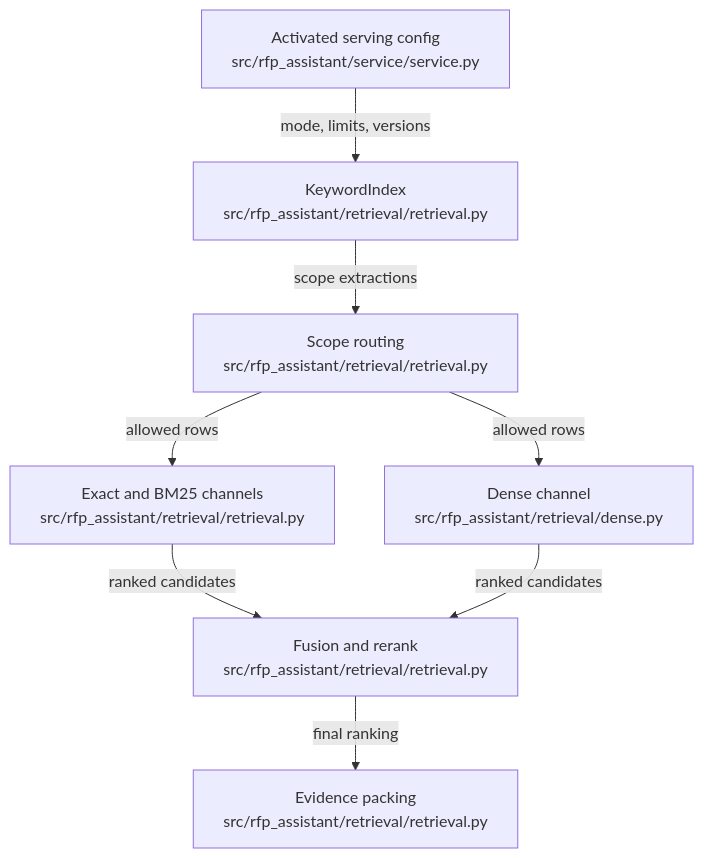
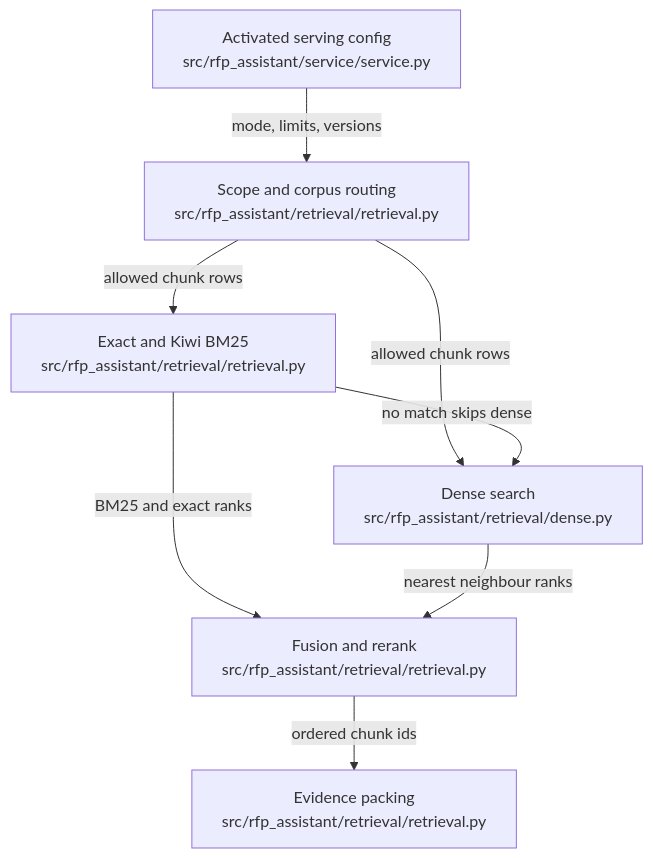
The diagram in .omm/overall-architecture/retrieval-engine/diagram.mmd (littleeeeebit/project-codeit-mid), drawn with Mermaid before and after one commit. The commit also changed 364 other files, not shown here.

```diff
--- a/.omm/overall-architecture/retrieval-engine/diagram.mmd
+++ b/.omm/overall-architecture/retrieval-engine/diagram.mmd
@@ -1,8 +1,14 @@
 graph TD
-  serving-config["Activated serving config\nsrc/rfp_assistant/service/service.py"] -->|"mode, limits, versions"| keyword-index["KeywordIndex\nsrc/rfp_assistant/retrieval/retrieval.py"]
-  keyword-index -->|"scope extractions"| scope-routing["Scope routing\nsrc/rfp_assistant/retrieval/retrieval.py"]
-  scope-routing -->|"allowed rows"| lexical-channels["Exact and BM25 channels\nsrc/rfp_assistant/retrieval/retrieval.py"]
-  scope-routing -->|"allowed rows"| dense-channel["Dense channel\nsrc/rfp_assistant/retrieval/dense.py"]
-  lexical-channels -->|"ranked candidates"| fusion-rerank["Fusion and rerank\nsrc/rfp_assistant/retrieval/retrieval.py"]
-  dense-channel -->|"ranked candidates"| fusion-rerank
-  fusion-rerank -->|"final ranking"| evidence-packing["Evidence packing\nsrc/rfp_assistant/retrieval/retrieval.py"]
+  active-serving["Activated serving config\nsrc/rfp_assistant/service/service.py"]
+  scope-routing["Scope and corpus routing\nsrc/rfp_assistant/retrieval/retrieval.py"]
+  lexical-channel["Exact and Kiwi BM25\nsrc/rfp_assistant/retrieval/retrieval.py"]
+  dense-channel["Dense search\nsrc/rfp_assistant/retrieval/dense.py"]
+  fusion-rerank["Fusion and rerank\nsrc/rfp_assistant/retrieval/retrieval.py"]
+  evidence-packing["Evidence packing\nsrc/rfp_assistant/retrieval/retrieval.py"]
+  active-serving -->|mode, limits, versions| scope-routing
+  scope-routing -->|allowed chunk rows| lexical-channel
+  scope-routing -->|allowed chunk rows| dense-channel
+  lexical-channel -->|no match skips dense| dense-channel
+  lexical-channel -->|BM25 and exact ranks| fusion-rerank
+  dense-channel -->|nearest neighbour ranks| fusion-rerank
+  fusion-rerank -->|ordered chunk ids| evidence-packing
```
